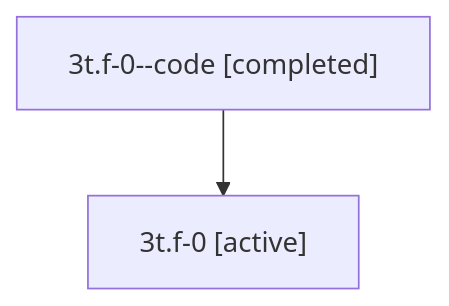
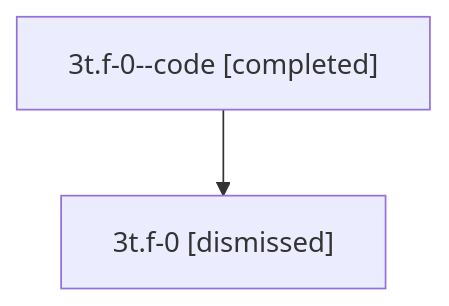
Before and after one commit to sase-org/sase--agents: the diagram in sessions/bbugyi200.athena.3t.f-0.md, drawn with Mermaid. The commit also changed other lines of this file and 57 other files, not shown here.

````diff
--- a/sessions/bbugyi200.athena.3t.f-0.md
+++ b/sessions/bbugyi200.athena.3t.f-0.md
@@ -9,6 +9,6 @@
 ```mermaid
 flowchart TD
   n0["3t.f-0--code [completed]"]
-  n1["3t.f-0 [active]"]
+  n1["3t.f-0 [dismissed]"]
   n0 --> n1
 ```
````
